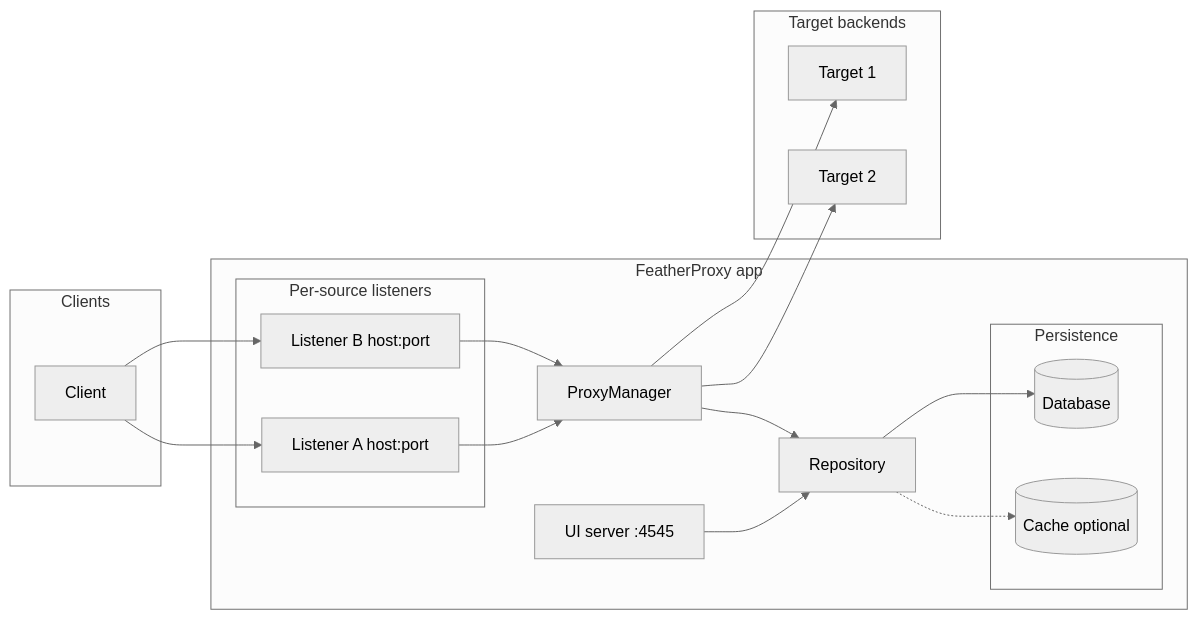
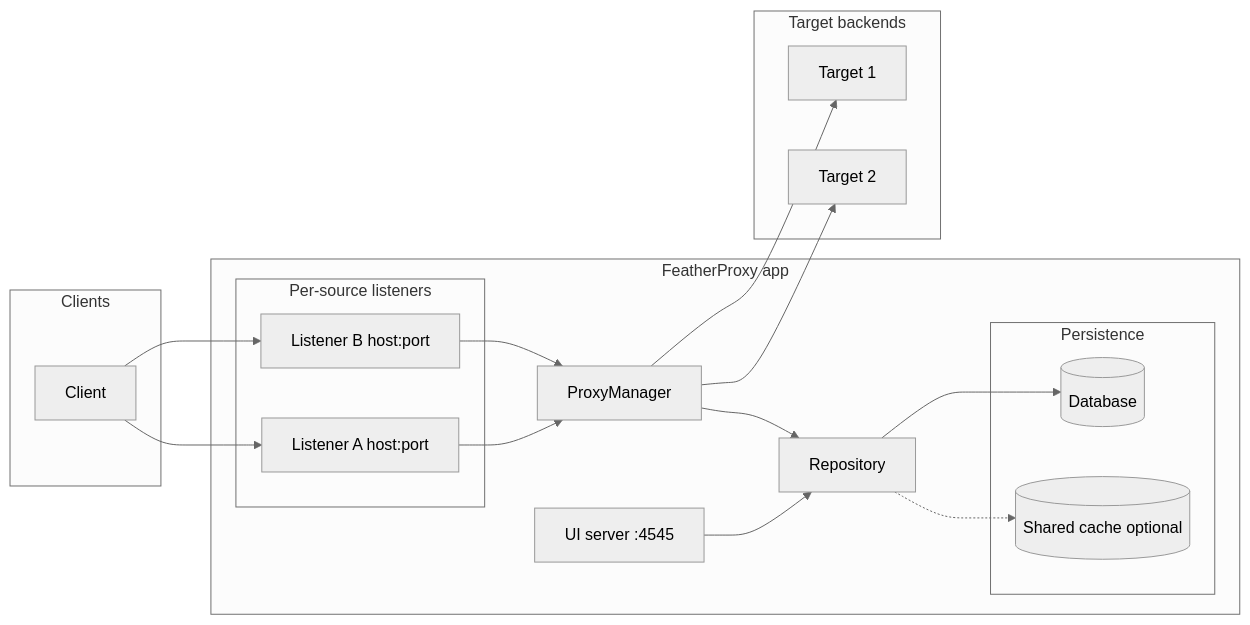
One commit to ghhwer/FeatherProxy changed the diagram in README.md. Above: the diagram before and after it, drawn with Mermaid (neutral theme). The commit also changed other lines of this file and 18 other files, not shown here.

````diff
--- a/README.md
+++ b/README.md
@@ -78,33 +78,33 @@
 ```mermaid
 flowchart LR
   subgraph clients [Clients]
     C[Client]
   end
   subgraph app [FeatherProxy app]
     UI[UI server :4545]
     Mgr[ProxyManager]
     subgraph listeners [Per-source listeners]
       L1[Listener A host:port]
       L2[Listener B host:port]
     end
-    Repo[Repository]
+  Repo[Repository]
     subgraph persistence [Persistence]
       DB[(Database)]
-      Cache[(Cache optional)]
+      Cache[(Shared cache optional)]
     end
   end
   subgraph backends [Target backends]
     T1[Target 1]
     T2[Target 2]
   end
   C --> L1
   C --> L2
   L1 --> Mgr
   L2 --> Mgr
   Mgr --> T1
   Mgr --> T2
   UI --> Repo
   Mgr --> Repo
   Repo --> DB
   Repo -.-> Cache
 ```
````
